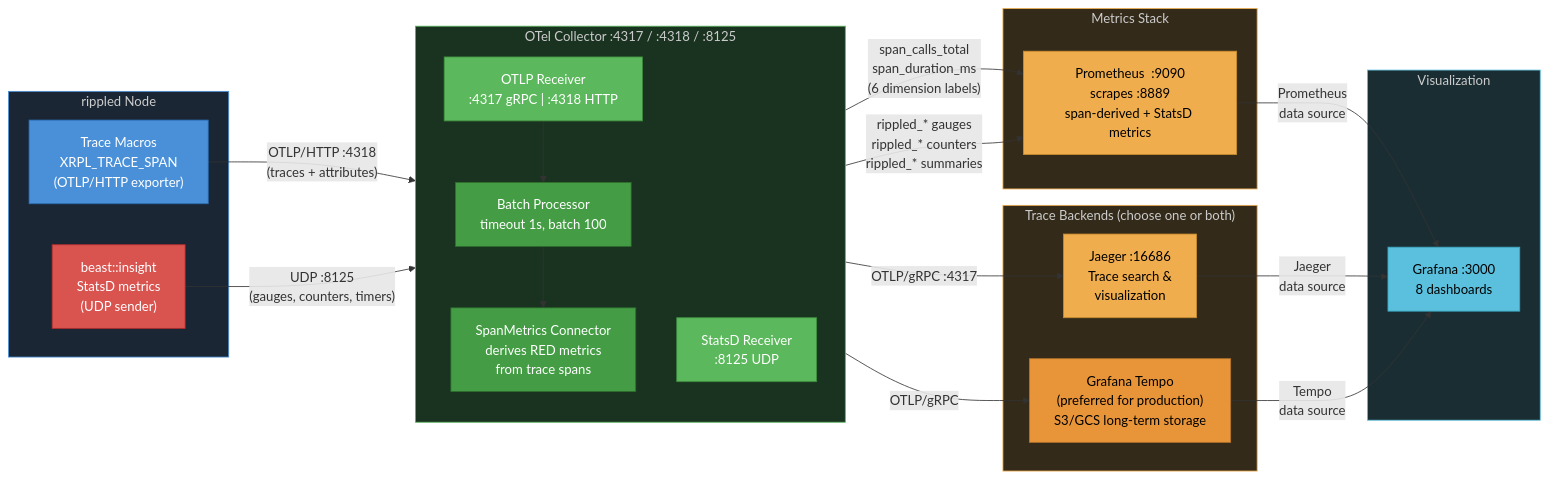
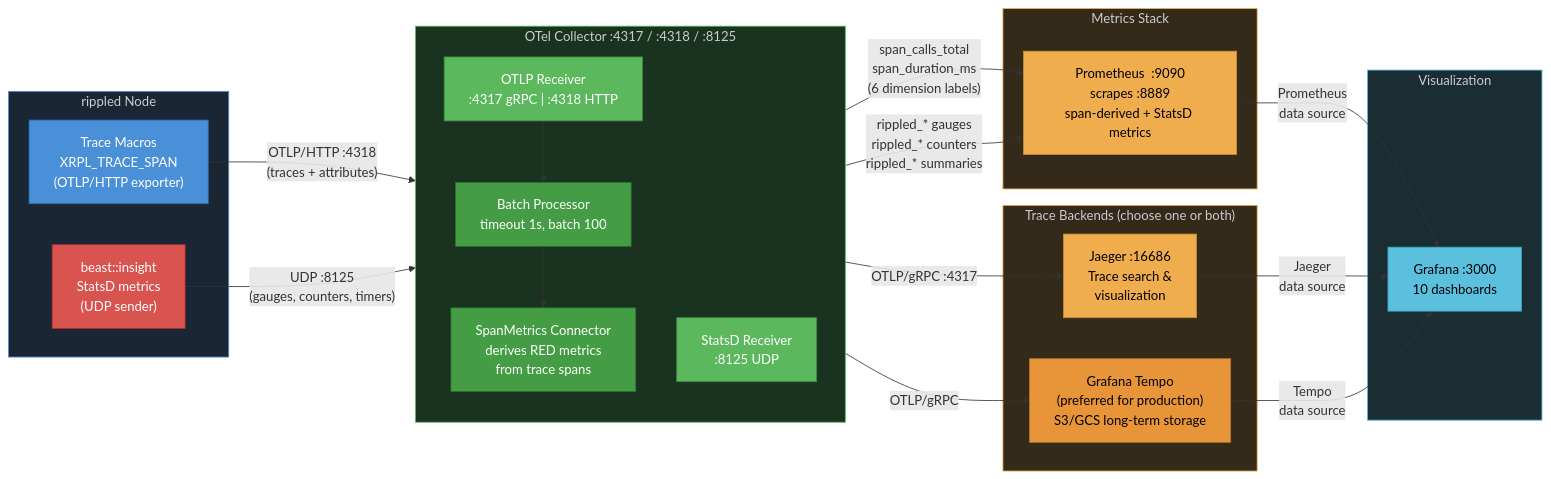
One commit to mvanhorn/rippled changed the diagram in OpenTelemetryPlan/09-data-collection-reference.md. Above: the diagram before and after it, drawn with Mermaid. The commit also changed other lines of this file and 10 other files, not shown here.

````diff
--- a/OpenTelemetryPlan/09-data-collection-reference.md
+++ b/OpenTelemetryPlan/09-data-collection-reference.md
@@ -9,60 +9,60 @@
 ```mermaid
 graph LR
     subgraph rippledNode["rippled Node"]
         A["Trace Macros<br/>XRPL_TRACE_SPAN<br/>(OTLP/HTTP exporter)"]
         B["beast::insight<br/>StatsD metrics<br/>(UDP sender)"]
     end
 
     subgraph collector["OTel Collector  :4317 / :4318 / :8125"]
         direction TB
         R1["OTLP Receiver<br/>:4317 gRPC  |  :4318 HTTP"]
         R2["StatsD Receiver<br/>:8125 UDP"]
         BP["Batch Processor<br/>timeout 1s, batch 100"]
         SM["SpanMetrics Connector<br/>derives RED metrics<br/>from trace spans"]
 
         R1 --> BP
         BP --> SM
     end
 
     subgraph backends["Trace Backends  (choose one or both)"]
         D["Jaeger  :16686<br/>Trace search &<br/>visualization"]
         T["Grafana Tempo<br/>(preferred for production)<br/>S3/GCS long-term storage"]
     end
 
     subgraph metrics["Metrics Stack"]
         E["Prometheus  :9090<br/>scrapes :8889<br/>span-derived + StatsD metrics"]
     end
 
     subgraph viz["Visualization"]
-        F["Grafana  :3000<br/>8 dashboards"]
+        F["Grafana  :3000<br/>10 dashboards"]
     end
 
     A -->|"OTLP/HTTP :4318<br/>(traces + attributes)"| R1
     B -->|"UDP :8125<br/>(gauges, counters, timers)"| R2
 
     BP -->|"OTLP/gRPC :4317"| D
     BP -->|"OTLP/gRPC"| T
 
     SM -->|"span_calls_total<br/>span_duration_ms<br/>(6 dimension labels)"| E
     R2 -->|"rippled_* gauges<br/>rippled_* counters<br/>rippled_* summaries"| E
 
     E -->|"Prometheus<br/>data source"| F
     D -->|"Jaeger<br/>data source"| F
     T -->|"Tempo<br/>data source"| F
 
     style A fill:#4a90d9,color:#fff,stroke:#2a6db5
     style B fill:#d9534f,color:#fff,stroke:#b52d2d
     style R1 fill:#5cb85c,color:#fff,stroke:#3d8b3d
     style R2 fill:#5cb85c,color:#fff,stroke:#3d8b3d
     style BP fill:#449d44,color:#fff,stroke:#2d6e2d
     style SM fill:#449d44,color:#fff,stroke:#2d6e2d
     style D fill:#f0ad4e,color:#000,stroke:#c78c2e
     style T fill:#e8953a,color:#000,stroke:#b5732a
     style E fill:#f0ad4e,color:#000,stroke:#c78c2e
     style F fill:#5bc0de,color:#000,stroke:#3aa8c1
     style rippledNode fill:#1a2633,color:#ccc,stroke:#4a90d9
     style collector fill:#1a3320,color:#ccc,stroke:#5cb85c
     style backends fill:#332a1a,color:#ccc,stroke:#f0ad4e
     style metrics fill:#332a1a,color:#ccc,stroke:#f0ad4e
     style viz fill:#1a2d33,color:#ccc,stroke:#5bc0de
 ```
````
